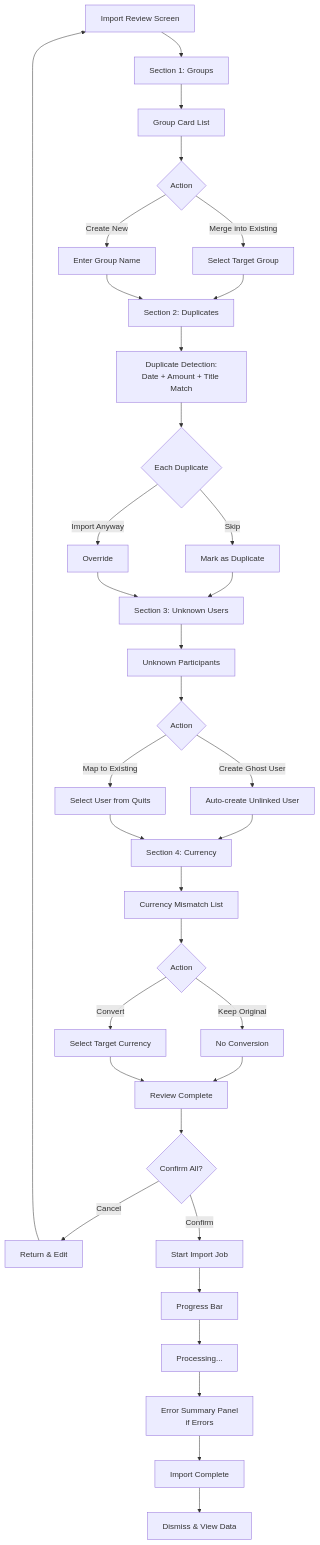
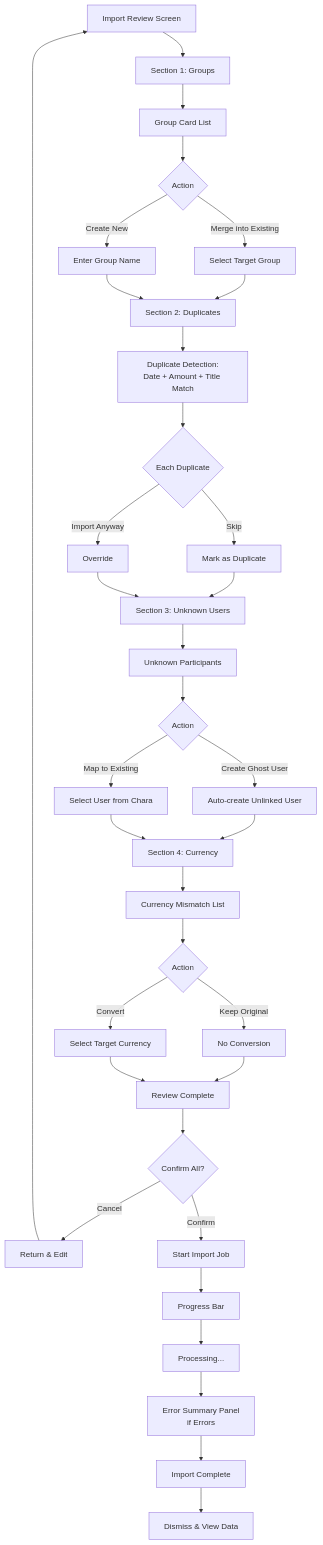
One commit to DowLucas/chara changed the fourth of 5 diagrams in docs/ux/12-import-flows.md. Above: the diagram before and after it, drawn with Mermaid. The commit also changed other lines of this file and 207 other files, not shown here.

````diff
--- a/docs/ux/12-import-flows.md
+++ b/docs/ux/12-import-flows.md
@@ -84,37 +84,37 @@
 ```mermaid
 flowchart TD
     A["Import Review Screen"] --> B["Section 1: Groups"]
     B --> B1["Group Card List"]
     B1 --> B2{Action}
     B2 -->|Merge into Existing| B3["Select Target Group"]
     B2 -->|Create New| B4["Enter Group Name"]
     B3 --> C["Section 2: Duplicates"]
     B4 --> C
     C --> C1["Duplicate Detection:<br/>Date + Amount + Title Match"]
     C1 --> C2{Each Duplicate}
     C2 -->|Skip| C3["Mark as Duplicate"]
     C2 -->|Import Anyway| C4["Override"]
     C3 --> D["Section 3: Unknown Users"]
     C4 --> D
     D --> D1["Unknown Participants"]
     D1 --> D2{Action}
     D2 -->|Create Ghost User| D3["Auto-create Unlinked User"]
-    D2 -->|Map to Existing| D4["Select User from Quits"]
+    D2 -->|Map to Existing| D4["Select User from Chara"]
     D3 --> E["Section 4: Currency"]
     D4 --> E
     E --> E1["Currency Mismatch List"]
     E1 --> E2{Action}
     E2 -->|Keep Original| E3["No Conversion"]
     E2 -->|Convert| E4["Select Target Currency"]
     E3 --> F["Review Complete"]
     E4 --> F
     F --> G{Confirm All?}
     G -->|Cancel| H["Return & Edit"]
     G -->|Confirm| I["Start Import Job"]
     H --> A
     I --> J["Progress Bar"]
     J --> K["Processing..."]
     K --> L["Error Summary Panel<br/>if Errors"]
     L --> M["Import Complete"]
     M --> N["Dismiss & View Data"]
 ```
````
